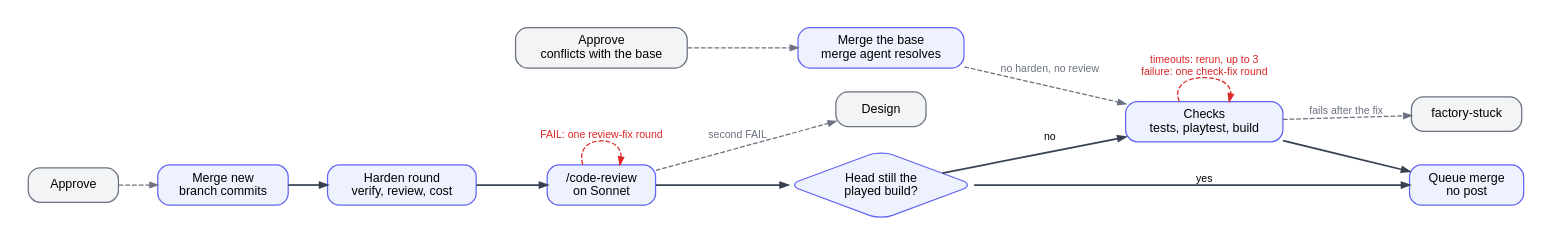
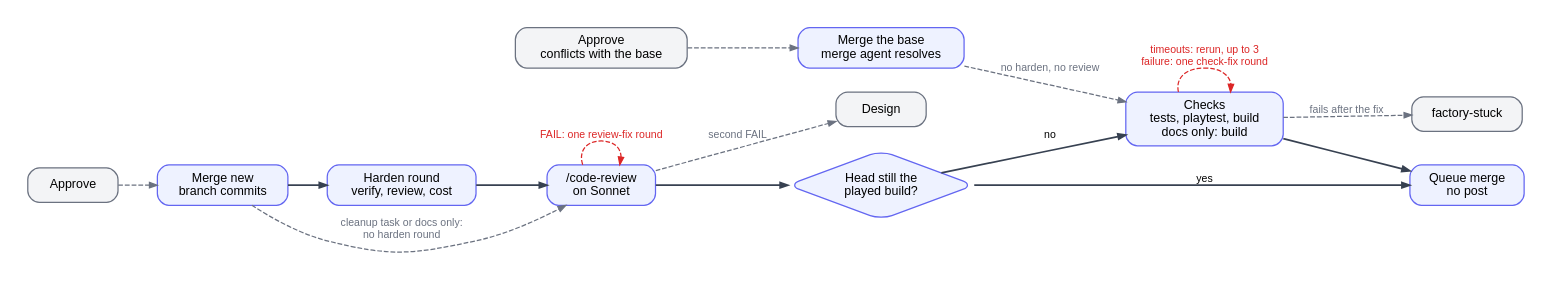
Before and after one commit to btseytlin/road-machiners: the diagram in factory/docs/diagrams/hardening.dot, drawn with Graphviz. The commit also changed 13 other files, not shown here.

Commit message:
Cleanup tasks get the review with no harden round and merge after their checks with no second Hardening; a branch of Markdown docs alone skips the test round, the harden round and the full checks, and only builds

```diff
--- a/factory/docs/diagrams/hardening.dot
+++ b/factory/docs/diagrams/hardening.dot
@@ -1,27 +1,28 @@
 // Hardening column. An approved card is reviewed, and checked again only when hardening changed the code. Red: loops back. Grey: leaves Hardening or enters from outside.
 digraph hardening {
   rankdir=LR; nodesep=0.35; ranksep=0.55; bgcolor=white; pad=0.3;
   node [shape=box, style="rounded,filled", fillcolor="#eef2ff", color="#6366f1", fontname="Helvetica", fontsize=13, margin="0.2,0.1", penwidth=1.3, width=1.3];
   edge [color="#374151", penwidth=1.8, arrowsize=0.8, fontname="Helvetica", fontsize=11];
   HM [label="Merge new\nbranch commits"]; HH [label="Harden round\nverify, review, cost"]; HR [label="/code-review\non Sonnet"];
   HS [label="Head still the\nplayed build?", shape=diamond, margin="0.05,0.05"];
-  HC [label="Checks\ntests, playtest, build"]; HQ [label="Queue merge\nno post"];
+  HC [label="Checks\ntests, playtest, build\ndocs only: build"]; HQ [label="Queue merge\nno post"];
   HM -> HH -> HR -> HS [weight=100];
   HS -> HQ [label="yes", weight=100];
   HS -> HC [label="no"];
   HC -> HQ;
   XA [label="Approve", fillcolor="#f3f4f6", color="#6b7280"];
   XC [label="Approve\nconflicts with the base", fillcolor="#f3f4f6", color="#6b7280"];
   HX [label="Merge the base\nmerge agent resolves"];
   XD [label="Design", fillcolor="#f3f4f6", color="#6b7280"];
   XS [label="factory-stuck", fillcolor="#f3f4f6", color="#6b7280"];
   edge [color="#dc2626", fontcolor="#dc2626", style=dashed, penwidth=1.3];
   HC -> HC [label="timeouts: rerun, up to 3\nfailure: one check-fix round"];
   HR -> HR [label="FAIL: one review-fix round"];
   edge [color="#6b7280", fontcolor="#6b7280"];
   XA -> HM;
+  HM -> HR [label="cleanup task or docs only:\nno harden round"];
   XC -> HX;
   HX -> HC [label="no harden, no review"];
   HR -> XD [label="second FAIL"];
   HC -> XS [label="fails after the fix"];
 }
```
